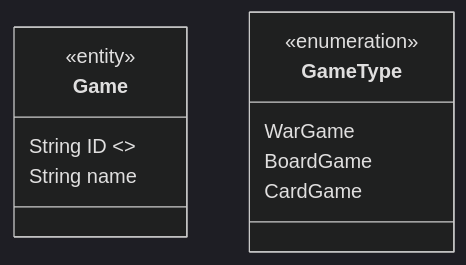
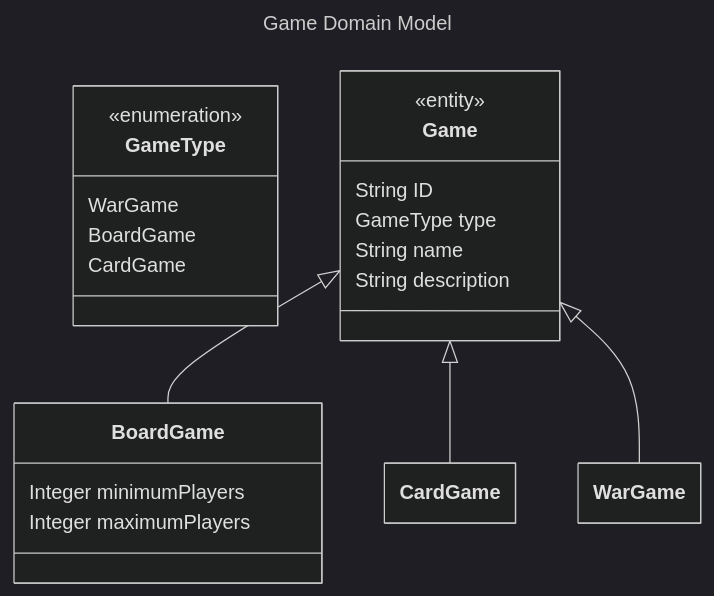
One commit to AdrianMiley/War-Games-League changed the diagram in design/data/game.md. Above: the diagram before and after it, drawn with Mermaid (dark theme). The commit also changed 4 other files, not shown here.

Commit message:
Reworked match domain model and moved BuildInstructions.md into design folder

````diff
--- a/design/data/game.md
+++ b/design/data/game.md
@@ -1,14 +1,31 @@
 ```mermaid
+---
+  title: Game Domain Model
+  config:
+    class:
+      hideEmptyMembersBox: true
+---
+%%    namespace "game"
 classDiagram
-    class Game {
-        <<entity>>
-        String ID <<key>>
-        String name }
-
     class GameType {
         <<enumeration>>
         WarGame
         BoardGame
         CardGame
     }
+    class Game {
+        <<entity>>
+        String ID 
+        GameType type
+        String name
+        String description
+    }
+    class BoardGame {
+        Integer minimumPlayers
+        Integer maximumPlayers
+    }
+
+    Game <|-- BoardGame 
+    Game <|-- CardGame 
+    Game <|-- WarGame 
 ```
````
